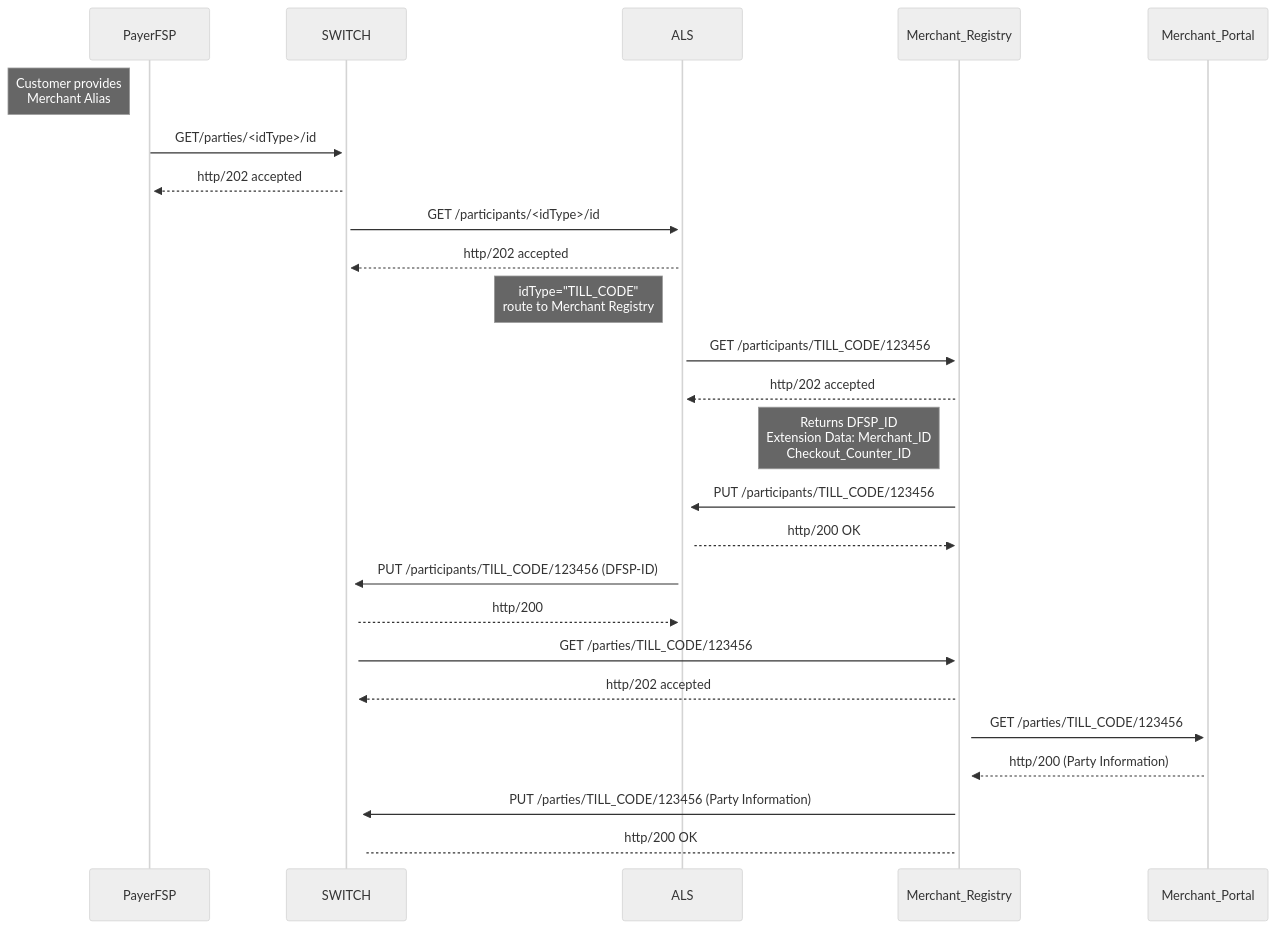
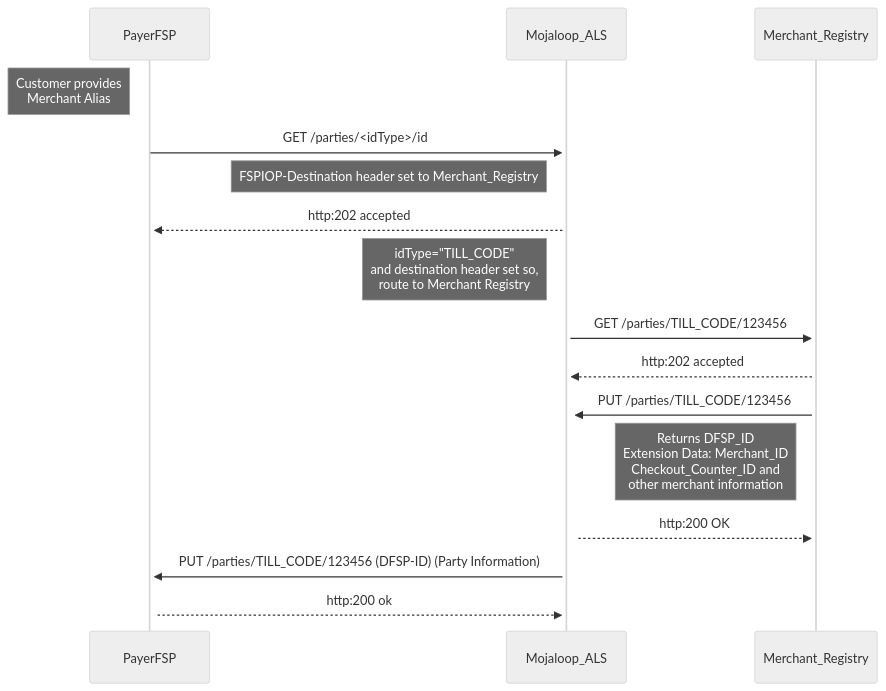
Before and after one commit to mojaloop/merchant-payment-docs: the diagram in ALS_Merchant_Registry_Connection_Sequence_Diagram.md, drawn with Mermaid (neutral theme). The commit also changed 5 other files, not shown here.

Commit message:
update DFSP portal user management docs

````diff
--- a/ALS_Merchant_Registry_Connection_Sequence_Diagram.md
+++ b/ALS_Merchant_Registry_Connection_Sequence_Diagram.md
@@ -1,41 +1,17 @@
 ```mermaid
+
 sequenceDiagram
 
     note left of PayerFSP:Customer provides<br/>Merchant Alias
-
-    PayerFSP->>+SWITCH: GET/parties/<idType>/id
-
-    SWITCH-->>+PayerFSP: http/202 accepted
-
-    SWITCH->>+ALS: GET /participants/<idType>/id
-
-    ALS-->>+SWITCH: http/202 accepted
-
-    note left of ALS: idType="TILL_CODE"<br/>route to Merchant Registry
-
-    ALS->>+Merchant_Registry: GET /participants/TILL_CODE/123456
-
-    Merchant_Registry-->>+ALS: http/202 accepted
-
-    note left of Merchant_Registry: Returns DFSP_ID<br/>Extension Data: Merchant_ID<br/>Checkout_Counter_ID
-
-    Merchant_Registry->>+ALS: PUT /participants/TILL_CODE/123456
-
-    ALS-->>+Merchant_Registry: http/200 OK
-
-    ALS->>+SWITCH: PUT /participants/TILL_CODE/123456 (DFSP-ID)
-
-    SWITCH-->>+ALS: http/200
-
-    SWITCH->>+Merchant_Registry: GET /parties/TILL_CODE/123456
-
-    Merchant_Registry-->>+SWITCH: http/202 accepted
-
-    Merchant_Registry->>+Merchant_Portal: GET /parties/TILL_CODE/123456
-
-    Merchant_Portal-->>+Merchant_Registry: http/200 (Party Information)
-
-    Merchant_Registry->>+SWITCH: PUT /parties/TILL_CODE/123456 (Party Information)
-
-    SWITCH-->+Merchant_Registry: http/200 OK
+    PayerFSP->>+Mojaloop_ALS: GET /parties/<idType>/id
+    note left of Mojaloop_ALS: FSPIOP-Destination header set to Merchant_Registry
+    Mojaloop_ALS-->>+PayerFSP: http:202 accepted
+    note left of Mojaloop_ALS: idType="TILL_CODE"<br/> and destination header set so, <br/>route to Merchant Registry
+    Mojaloop_ALS->>+Merchant_Registry: GET /parties/TILL_CODE/123456
+    Merchant_Registry-->>+Mojaloop_ALS: http:202 accepted
+    Merchant_Registry->>+Mojaloop_ALS: PUT /parties/TILL_CODE/123456
+    note left of Merchant_Registry: Returns DFSP_ID<br/>Extension Data: Merchant_ID<br/>Checkout_Counter_ID and <br/> other merchant information
+    Mojaloop_ALS-->>+Merchant_Registry: http:200 OK
+    Mojaloop_ALS->>+PayerFSP: PUT /parties/TILL_CODE/123456 (DFSP-ID) (Party Information)
+    PayerFSP-->>+Mojaloop_ALS: http:200 ok
 ```
````
